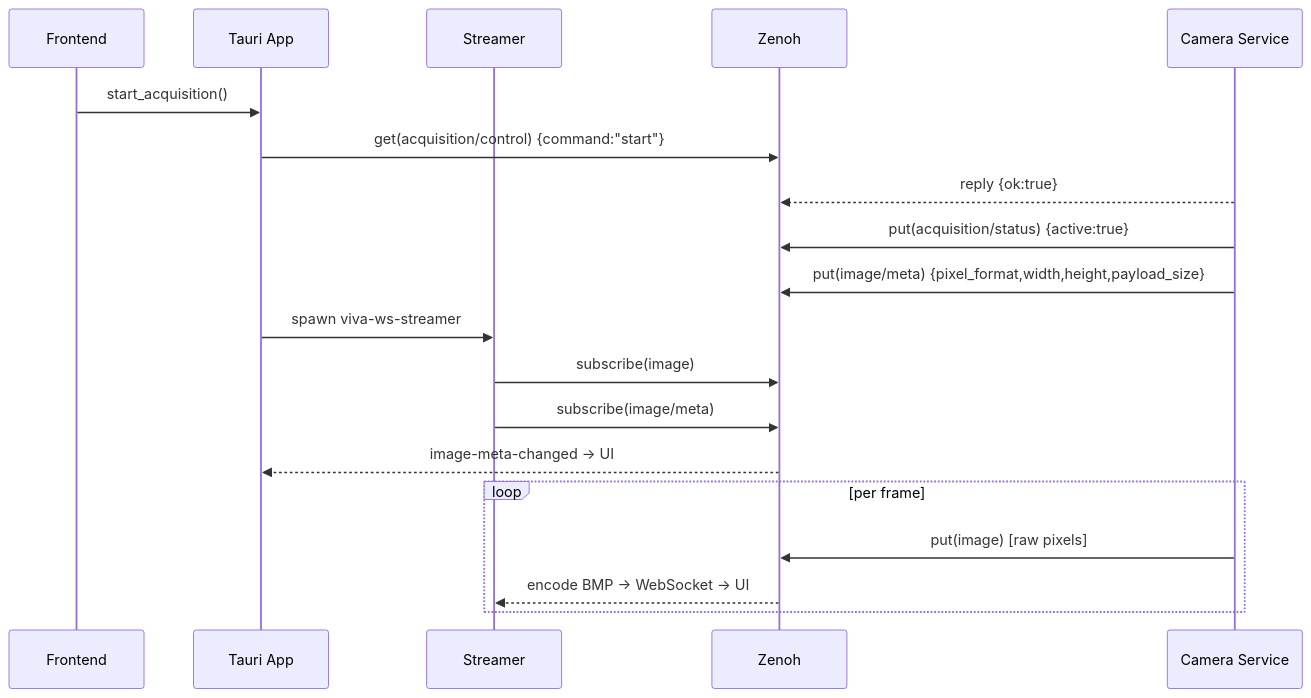
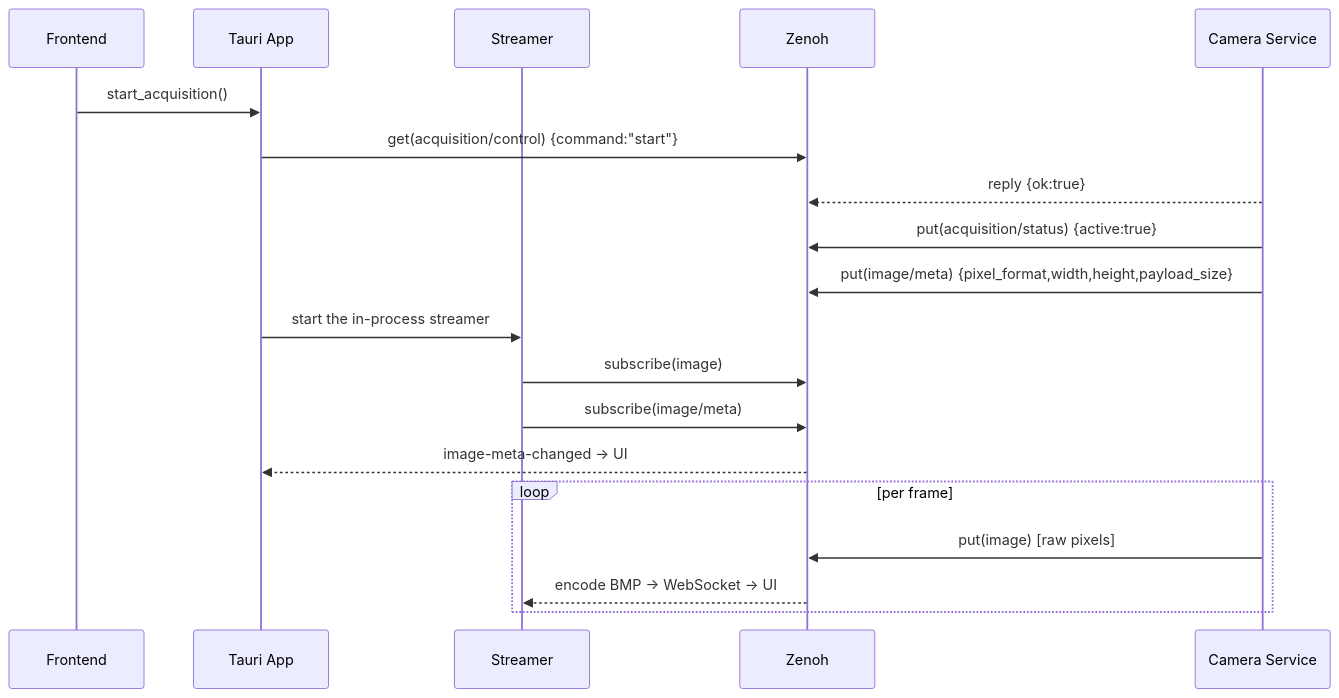
The second of 2 diagrams in docs/studio/zenoh-api.md (VitalyVorobyev/viva-genicam), drawn with Mermaid before and after one commit. The commit also changed other lines of this file and 64 other files, not shown here.

````diff
--- a/docs/studio/zenoh-api.md
+++ b/docs/studio/zenoh-api.md
@@ -393,22 +400,22 @@
 ```mermaid
 sequenceDiagram
     participant UI as Frontend
     participant App as Tauri App
     participant Str as Streamer
     participant Z as Zenoh
     participant Svc as Camera Service
 
     UI->>App: start_acquisition()
     App->>Z: get(acquisition/control) {command:"start"}
     Svc-->>Z: reply {ok:true}
     Svc->>Z: put(acquisition/status) {active:true}
     Svc->>Z: put(image/meta) {pixel_format,width,height,payload_size}
-    App->>Str: spawn viva-ws-streamer
+    App->>Str: start the in-process streamer
     Str->>Z: subscribe(image)
     Str->>Z: subscribe(image/meta)
     Z-->>App: image-meta-changed → UI
     loop per frame
         Svc->>Z: put(image) [raw pixels]
         Z-->>Str: encode BMP → WebSocket → UI
     end
 ```
````
